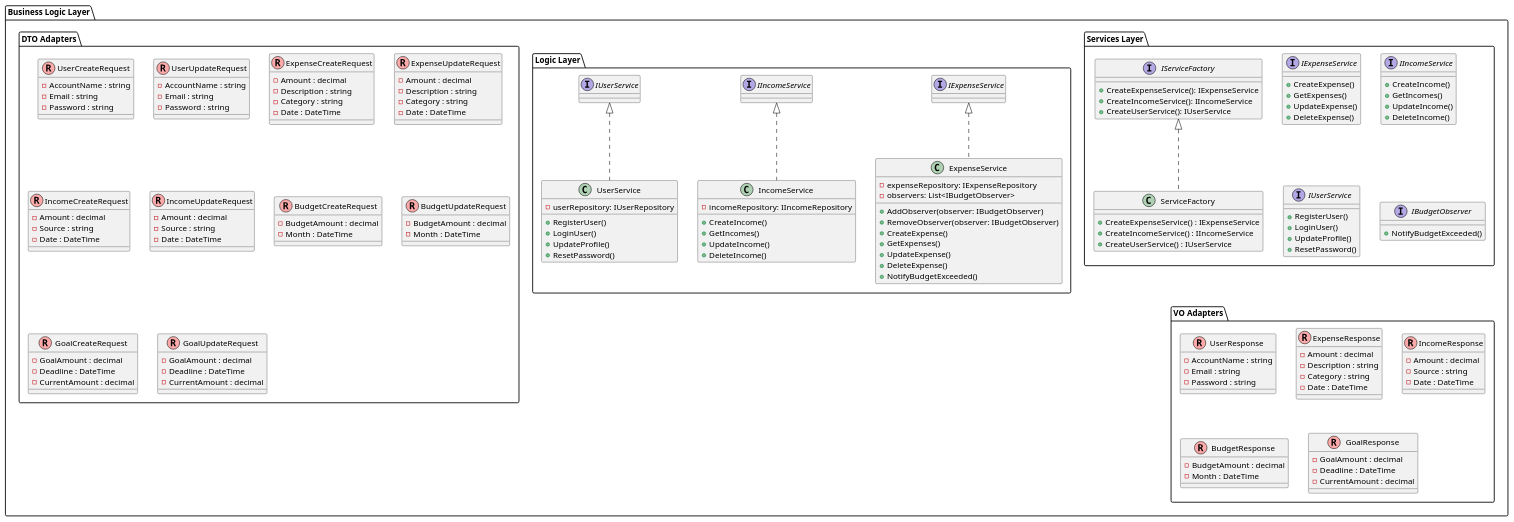
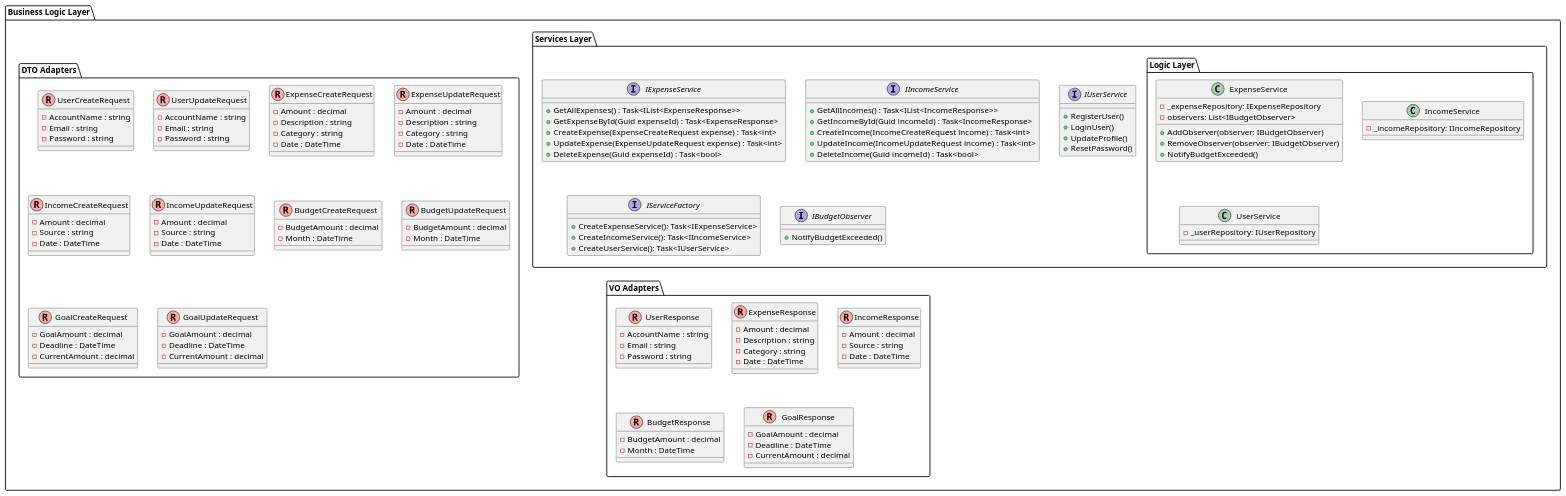
The diagram in docs/uml/business-logic.puml (programacion-6/ExpenseTrackerGrupo2), drawn with PlantUML before and after one commit.

Commit message:
docs: improve services and logic layer

```diff
--- a/docs/uml/business-logic.puml
+++ b/docs/uml/business-logic.puml
@@ -1,170 +1,154 @@
 @startuml Business
 
 package "Business Logic Layer" {
     package "Services Layer" {
-            interface IExpenseService {
-            + CreateExpense()
-            + GetExpenses()
-            + UpdateExpense()
-            + DeleteExpense()
+        interface IExpenseService {
+            + GetAllExpenses() : Task<IList<ExpenseResponse>>
+            + GetExpenseById(Guid expenseId) : Task<ExpenseResponse>
+            + CreateExpense(ExpenseCreateRequest expense) : Task<int>
+            + UpdateExpense(ExpenseUpdateRequest expense) : Task<int>
+            + DeleteExpense(Guid expenseId) : Task<bool>
         }
 
-            interface IIncomeService {
-            + CreateIncome()
-            + GetIncomes()
-            + UpdateIncome()
-            + DeleteIncome()
+        interface IIncomeService {
+            + GetAllIncomes() : Task<IList<IncomeResponse>>
+            + GetIncomeById(Guid incomeId) : Task<IncomeResponse>
+            + CreateIncome(IncomeCreateRequest income) : Task<int>
+            + UpdateIncome(IncomeUpdateRequest income) : Task<int>
+            + DeleteIncome(Guid incomeId) : Task<bool>
         }
 
         interface IUserService {
             + RegisterUser()
             + LoginUser()
             + UpdateProfile()
             + ResetPassword()
         }
 
         ' Applying Factory Pattern for Services
         interface IServiceFactory {
-            + CreateExpenseService(): IExpenseService
-            + CreateIncomeService(): IIncomeService
-            + CreateUserService(): IUserService
-        }
-
-        class ServiceFactory implements IServiceFactory {
-            + CreateExpenseService() : IExpenseService
-            + CreateIncomeService() : IIncomeService
-            + CreateUserService() : IUserService
+            + CreateExpenseService(): Task<IExpenseService>
+            + CreateIncomeService(): Task<IIncomeService>
+            + CreateUserService(): Task<IUserService>
         }
 
         ' Observer pattern to notify about budget thresholds
         interface IBudgetObserver {
             + NotifyBudgetExceeded()
         }
-    }
 
-    package "Logic Layer" {
-        class ExpenseService implements IExpenseService {
-            - expenseRepository: IExpenseRepository
-            - observers: List<IBudgetObserver>
-            + AddObserver(observer: IBudgetObserver)
-            + RemoveObserver(observer: IBudgetObserver)
-            + CreateExpense()
-            + GetExpenses()
-            + UpdateExpense()
-            + DeleteExpense()
-            + NotifyBudgetExceeded()
-        }
+        package "Logic Layer" {
+            class ExpenseService {
+                - _expenseRepository: IExpenseRepository
+                - observers: List<IBudgetObserver>
+                + AddObserver(observer: IBudgetObserver)
+                + RemoveObserver(observer: IBudgetObserver)
+                + NotifyBudgetExceeded()
+            }
 
-        class IncomeService implements IIncomeService {
-            - incomeRepository: IIncomeRepository
-            + CreateIncome()
-            + GetIncomes()
-            + UpdateIncome()
-            + DeleteIncome()
-        }
+            class IncomeService {
+                - _incomeRepository: IIncomeRepository
+            }
 
-        class UserService implements IUserService {
-            - userRepository: IUserRepository
-            + RegisterUser()
-            + LoginUser()
-            + UpdateProfile()
-            + ResetPassword()
+            class UserService {
+                - _userRepository: IUserRepository
+            }
         }
     }
 
     package "DTO Adapters" {
         class UserCreateRequest << (R, #FFAAAA) >> {
             - AccountName : string
             - Email : string
             - Password : string
         }
 
         class UserUpdateRequest << (R, #FFAAAA) >> {
             - AccountName : string
             - Email : string
             - Password : string
         }
 
         class ExpenseCreateRequest << (R, #FFAAAA) >> {
             - Amount : decimal
             - Description : string
             - Category : string
             - Date : DateTime
         }
 
         class ExpenseUpdateRequest << (R, #FFAAAA) >> {
             - Amount : decimal
             - Description : string
             - Category : string
             - Date : DateTime
         }
 
         class IncomeCreateRequest << (R, #FFAAAA) >> {
             - Amount : decimal
             - Source : string
             - Date : DateTime
         }
 
         class IncomeUpdateRequest << (R, #FFAAAA) >> {
             - Amount : decimal
             - Source : string
             - Date : DateTime
         }
 
         class BudgetCreateRequest << (R, #FFAAAA) >> {
             - BudgetAmount : decimal 
             - Month : DateTime
         }
 
         class BudgetUpdateRequest << (R, #FFAAAA) >> {
             - BudgetAmount : decimal 
             - Month : DateTime
         }
 
         class GoalCreateRequest << (R, #FFAAAA) >> {
             - GoalAmount : decimal
             - Deadline : DateTime
             - CurrentAmount : decimal
         }
 
         class GoalUpdateRequest << (R, #FFAAAA) >> {
             - GoalAmount : decimal
             - Deadline : DateTime
             - CurrentAmount : decimal
         }
     }
 
     package "VO Adapters" {
         class UserResponse << (R, #FFAAAA) >> {
             - AccountName : string
             - Email : string
             - Password : string
         }
 
         class ExpenseResponse << (R, #FFAAAA) >> {
             - Amount : decimal
             - Description : string
             - Category : string
             - Date : DateTime
         }
 
         class IncomeResponse << (R, #FFAAAA) >> {
             - Amount : decimal
             - Source : string
             - Date : DateTime
         }
 
         class BudgetResponse << (R, #FFAAAA) >> {
             - BudgetAmount : decimal 
             - Month : DateTime
         }
 
         class GoalResponse << (R, #FFAAAA) >> {
             - GoalAmount : decimal
             - Deadline : DateTime
             - CurrentAmount : decimal
         }
     }
 }
 
 @enduml
```
